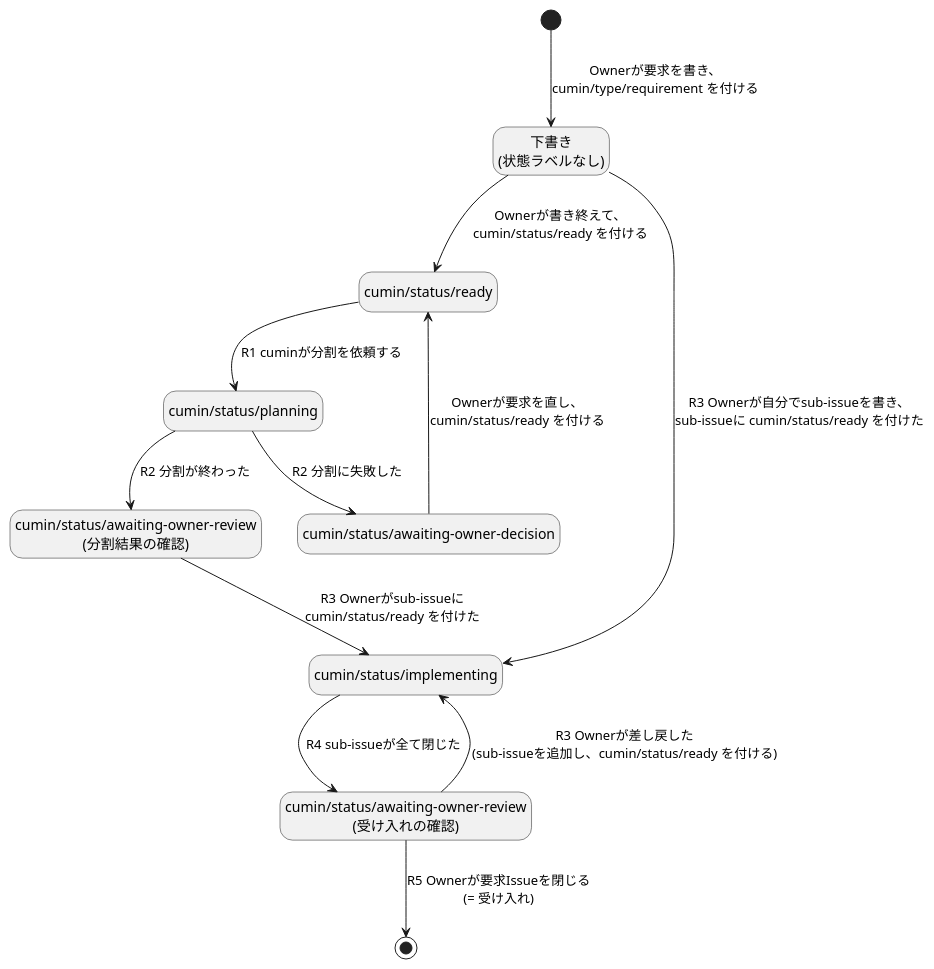
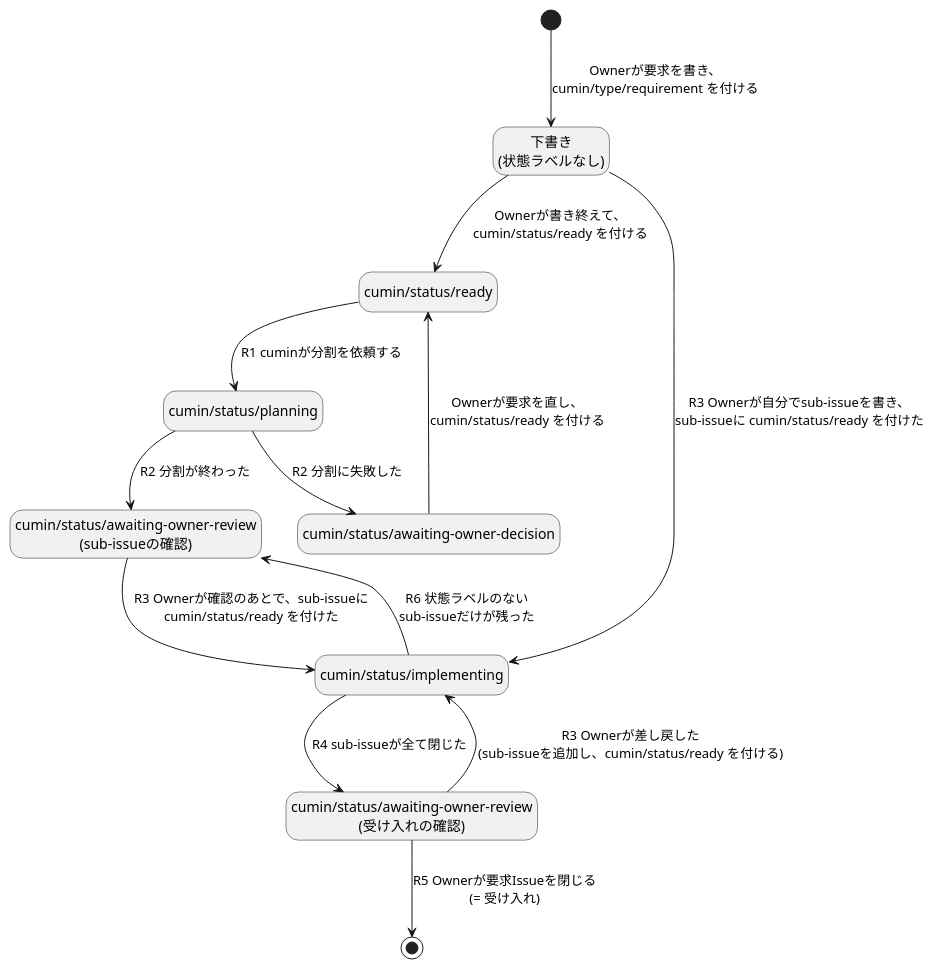
One commit to cloveclovedev/cumin-works changed the diagram in docs/ja/requirements/workflow/requirement-issue-states.puml. Above: the diagram before and after it, drawn with PlantUML. The commit also changed 5 other files, not shown here.

```diff
--- a/docs/ja/requirements/workflow/requirement-issue-states.puml
+++ b/docs/ja/requirements/workflow/requirement-issue-states.puml
@@ -1,28 +1,29 @@
 @startuml requirement-issue-states
 ' cumin works v2 - 要求Issueの状態遷移
 ' 状態はGitHubのラベルで表す。遷移の番号 (R1など) は issue-states.md の表に対応する。
 ' SVGの書き出し: リポジトリの直下で scripts/render-diagrams.sh を実行する。
 
 hide empty description
 
 state "下書き\n(状態ラベルなし)" as Draft
 state "cumin/status/ready" as Ready
 state "cumin/status/planning" as Planning
-state "cumin/status/awaiting-owner-review\n(分割結果の確認)" as PlanReview
+state "cumin/status/awaiting-owner-review\n(sub-issueの確認)" as PlanReview
 state "cumin/status/implementing" as Implementing
 state "cumin/status/awaiting-owner-review\n(受け入れの確認)" as Acceptance
 state "cumin/status/awaiting-owner-decision" as Decision
 
 [*] --> Draft : Ownerが要求を書き、\ncumin/type/requirement を付ける
 Draft --> Ready : Ownerが書き終えて、\ncumin/status/ready を付ける
 Draft --> Implementing : R3 Ownerが自分でsub-issueを書き、\nsub-issueに cumin/status/ready を付けた
 Planning --> PlanReview : R2 分割が終わった
 Planning --> Decision : R2 分割に失敗した
 Decision --> Ready : Ownerが要求を直し、\ncumin/status/ready を付ける
 Ready --> Planning : R1 cuminが分割を依頼する
-PlanReview --> Implementing : R3 Ownerがsub-issueに\ncumin/status/ready を付けた
+PlanReview --> Implementing : R3 Ownerが確認のあとで、sub-issueに\ncumin/status/ready を付けた
 Implementing --> Acceptance : R4 sub-issueが全て閉じた
+Implementing --> PlanReview : R6 状態ラベルのない\nsub-issueだけが残った
 Acceptance --> Implementing : R3 Ownerが差し戻した\n(sub-issueを追加し、cumin/status/ready を付ける)
 Acceptance --> [*] : R5 Ownerが要求Issueを閉じる\n(= 受け入れ)
 
 @enduml
```
